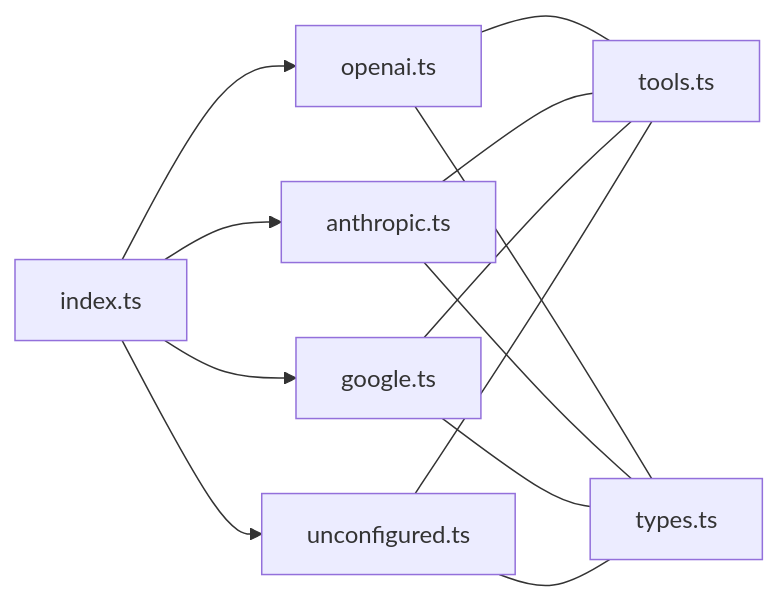
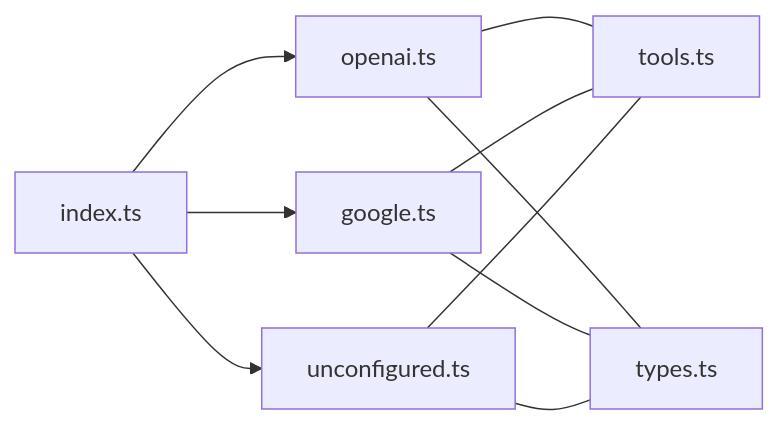
The eighth of 8 diagrams in .qoder/repowiki/en/content/AI Generation Engine/AI Provider Adapters/Provider-Specific Implementations.md (shekhargiri005-dotcom/AI-powered-accessibility-first-UI-engine), drawn with Mermaid before and after one commit. The commit also changed other lines of this file and 24 other files, not shown here.

````diff
--- a/.qoder/repowiki/en/content/AI Generation Engine/AI Provider Adapters/Provider-Specific Implementations.md
+++ b/.qoder/repowiki/en/content/AI Generation Engine/AI Provider Adapters/Provider-Specific Implementations.md
@@ -346,15 +324,12 @@
 ```mermaid
 graph LR
 IDX["index.ts"] --> OA["openai.ts"]
-IDX --> AA["anthropic.ts"]
 IDX --> GA["google.ts"]
 IDX --> UA["unconfigured.ts"]
 OA --- TOOL["tools.ts"]
-AA --- TOOL
 GA --- TOOL
 UA --- TOOL
 OA --- TYPES["types.ts"]
-AA --- TYPES
 GA --- TYPES
 UA --- TYPES
 ```
````
